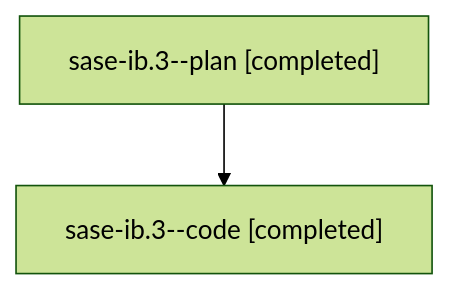
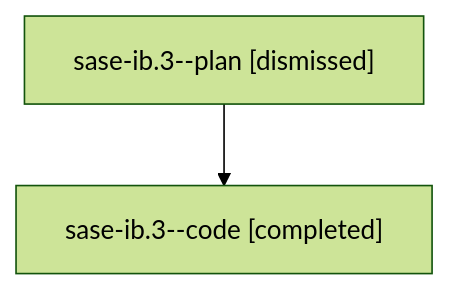
One commit to sase-org/sase--agents changed the diagram in families/bbugyi200.athena.sase-ib.3.md. Above: the diagram before and after it, drawn with Mermaid (forest theme). The commit also changed other lines of this file and 2170 other files, not shown here.

````diff
--- a/families/bbugyi200.athena.sase-ib.3.md
+++ b/families/bbugyi200.athena.sase-ib.3.md
@@ -9,6 +9,6 @@
 ```mermaid
 flowchart TD
-  n0["sase-ib.3--plan [completed]"]
+  n0["sase-ib.3--plan [dismissed]"]
   n1["sase-ib.3--code [completed]"]
   n0 --> n1
 ```
````
